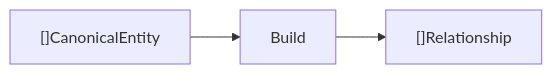
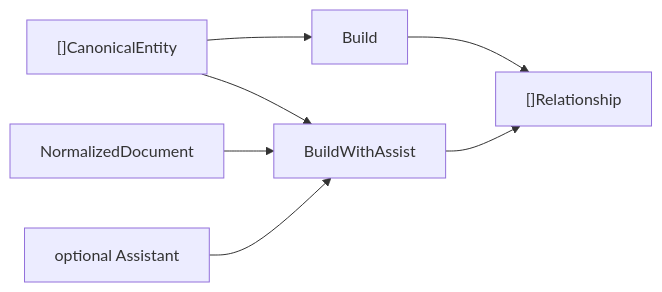
Before and after one commit to sx-tane/context-os: the first of 2 diagrams in internal/relationship/README.md, drawn with Mermaid. The commit also changed other lines of this file and 26 other files, not shown here.

````diff
--- a/internal/relationship/README.md
+++ b/internal/relationship/README.md
@@ -13,8 +13,15 @@
 ```mermaid
 flowchart LR
   canonical["[]CanonicalEntity"]
+  doc["NormalizedDocument"]
+  assistant["optional Assistant"]
   build[Build]
+  assisted[BuildWithAssist]
   relationships["[]Relationship"]
 
   canonical --> build --> relationships
+  doc --> assisted
+  canonical --> assisted
+  assistant --> assisted
+  assisted --> relationships
 ```
````
